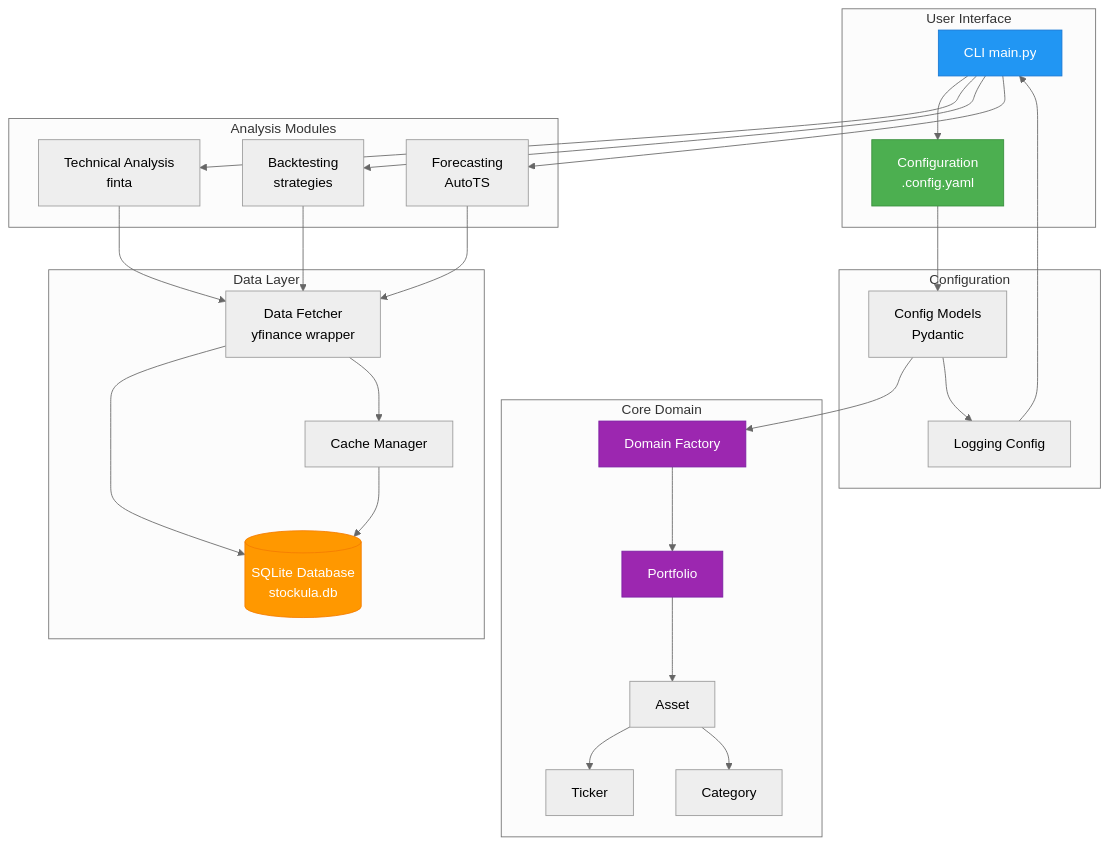
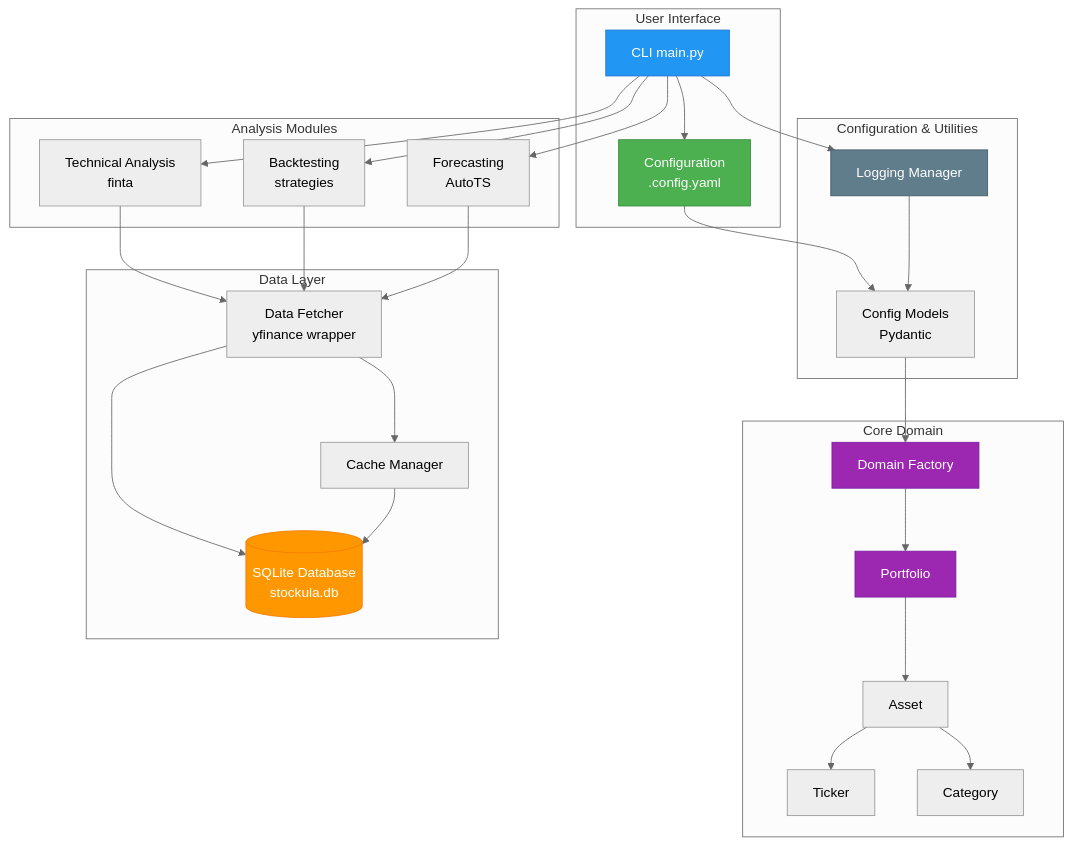
The first of 2 diagrams in README.md (mkm29/stockula), drawn with Mermaid (neutral theme) before and after one commit. The commit also changed other lines of this file, not shown here.

Commit message:
Enhance README: Add centralized logging section and update module structure; improve test coverage details

````diff
--- a/README.md
+++ b/README.md
@@ -37,61 +38,62 @@
 ```mermaid
 graph TB
     subgraph "User Interface"
         CLI[CLI main.py]
         Config[Configuration<br/>.config.yaml]
     end
     
     subgraph "Core Domain"
         Factory[Domain Factory]
         Portfolio[Portfolio]
         Asset[Asset]
         Ticker[Ticker]
         Category[Category]
     end
     
     subgraph "Data Layer"
         Fetcher[Data Fetcher<br/>yfinance wrapper]
         DB[(SQLite Database<br/>stockula.db)]
         Cache[Cache Manager]
     end
     
     subgraph "Analysis Modules"
         TA[Technical Analysis<br/>finta]
         BT[Backtesting<br/>strategies]
         FC[Forecasting<br/>AutoTS]
     end
     
-    subgraph "Configuration"
+    subgraph "Configuration & Utilities"
         Models[Config Models<br/>Pydantic]
-        Logging[Logging Config]
+        LogManager[Logging Manager]
     end
     
     CLI --> Config
     Config --> Models
     Models --> Factory
     Factory --> Portfolio
     Portfolio --> Asset
     Asset --> Ticker
     Asset --> Category
     
     CLI --> TA
     CLI --> BT
     CLI --> FC
     
     TA --> Fetcher
     BT --> Fetcher
     FC --> Fetcher
     
     Fetcher --> DB
     Fetcher --> Cache
     Cache --> DB
     
-    Models --> Logging
-    Logging --> CLI
+    CLI --> LogManager
+    LogManager --> Models
     
     style CLI fill:#2196F3,stroke:#1976D2,color:#fff
     style Config fill:#4CAF50,stroke:#388E3C,color:#fff
     style DB fill:#FF9800,stroke:#F57C00,color:#fff
     style Portfolio fill:#9C27B0,stroke:#7B1FA2,color:#fff
     style Factory fill:#9C27B0,stroke:#7B1FA2,color:#fff
+    style LogManager fill:#607D8B,stroke:#455A64,color:#fff
 ```
````
